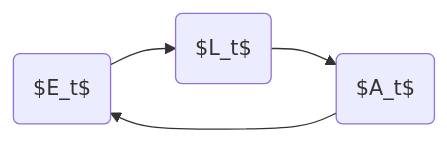
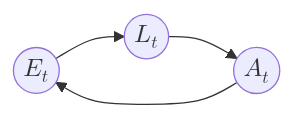
The diagram in Discrete_Models/Structured_Populations.md (aparajita848/math172-book), drawn with Mermaid before and after one commit.

Commit message:
redraw diagram with circles and centered

````diff
--- a/Discrete_Models/Structured_Populations.md
+++ b/Discrete_Models/Structured_Populations.md
@@ -28,6 +28,8 @@
 ```{mermaid}
+:align: center
+
 flowchart LR
-  A($E_t$) --> B
-  B($L_t$) --> C
-  C($A_t$) --> A
+  A(($$E_t$$)) --> B
+  B(($$L_t$$)) --> C
+  C(($$A_t$$)) --> A
 ```
````
